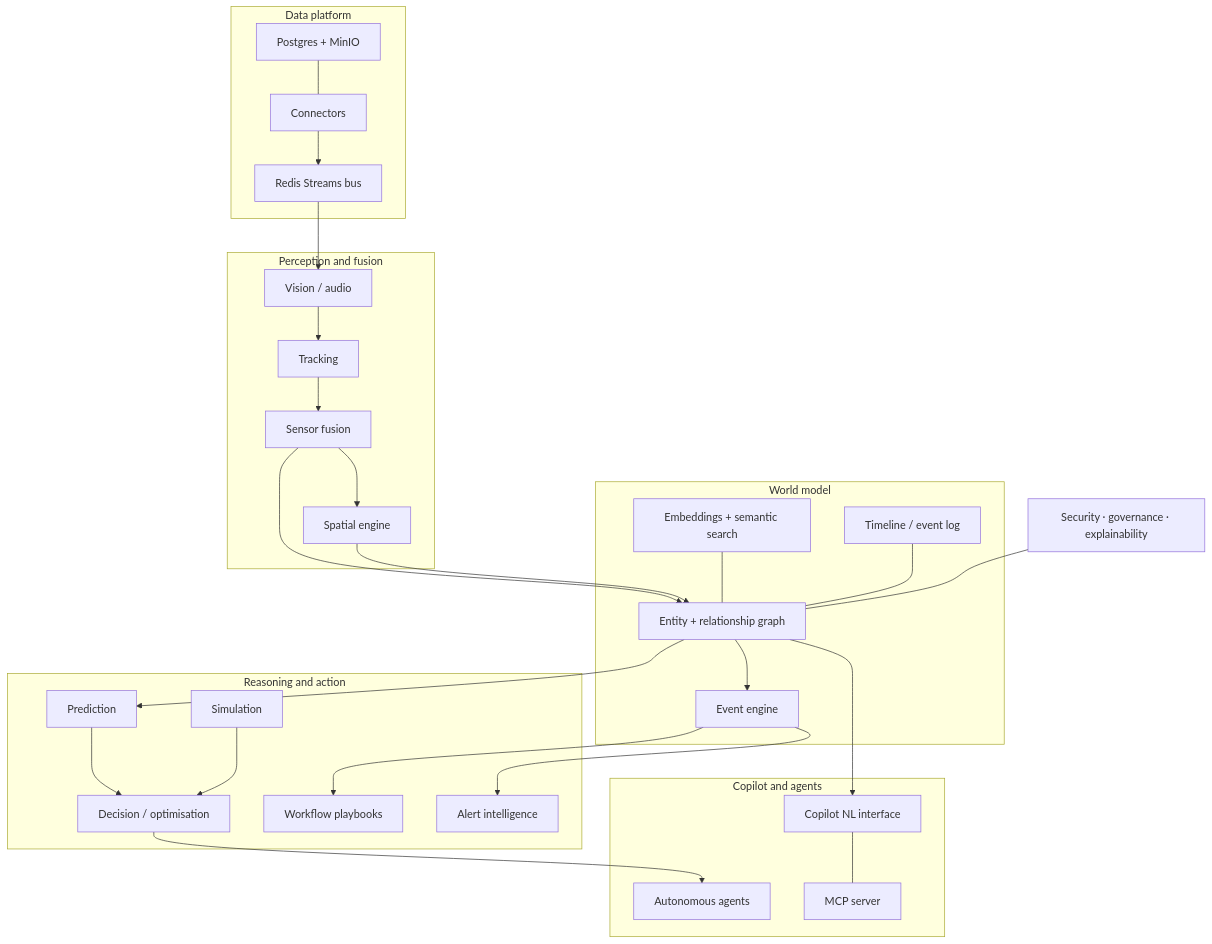
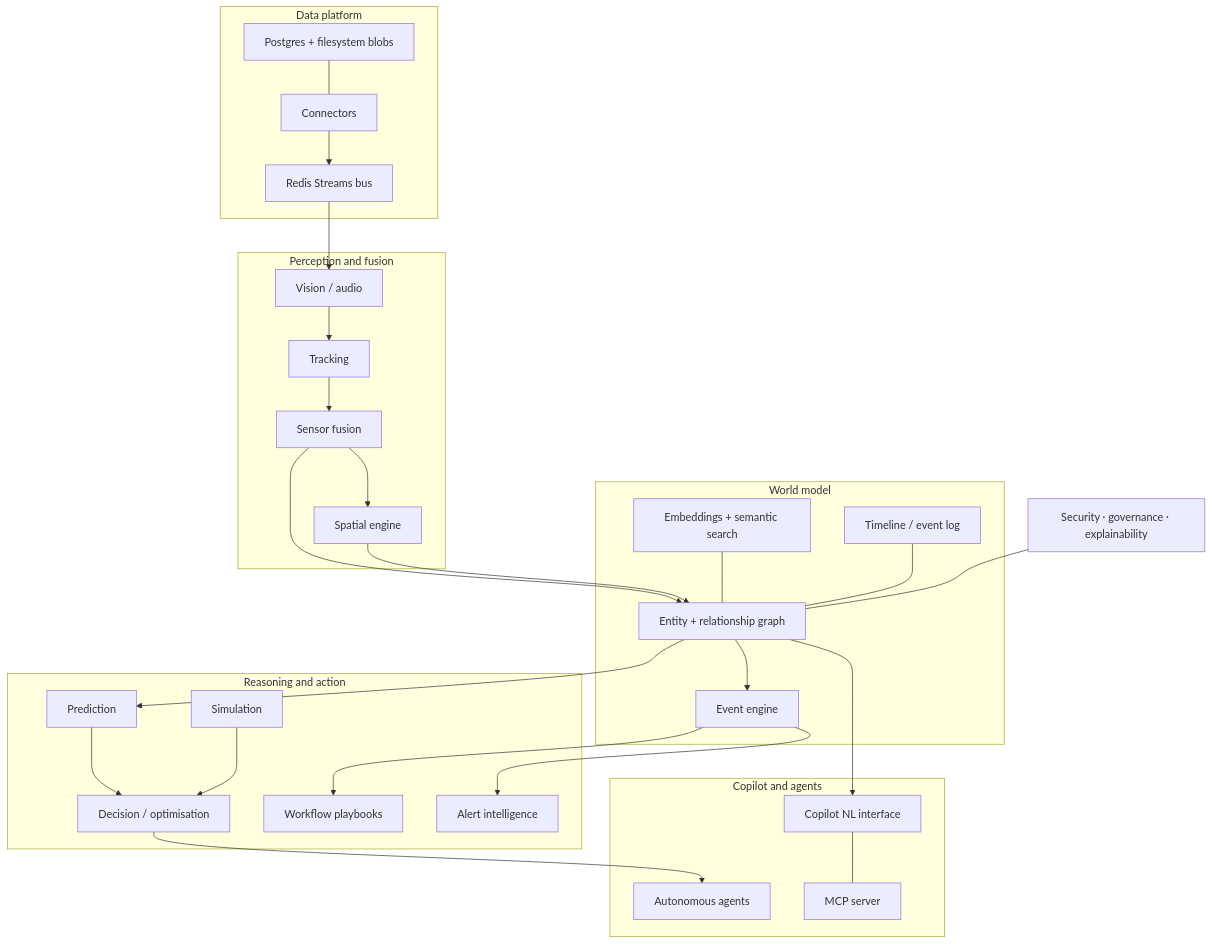
One commit to Manavp7/arc changed the first of 2 diagrams in docs/ARCHITECTURE.md. Above: the diagram before and after it, drawn with Mermaid. The commit also changed other lines of this file and 243 other files, not shown here.

````diff
--- a/docs/ARCHITECTURE.md
+++ b/docs/ARCHITECTURE.md
@@ -14,47 +14,47 @@
 ```mermaid
 flowchart TB
   subgraph L7 [Copilot and agents]
     copilot[Copilot NL interface]
     agents[Autonomous agents]
     mcp[MCP server]
   end
   subgraph L6 [Reasoning and action]
     prediction[Prediction]
     simulation[Simulation]
     decision[Decision / optimisation]
     workflow[Workflow playbooks]
     alerts[Alert intelligence]
   end
   subgraph L5 [World model]
     graphdb[Entity + relationship graph]
     timeline[Timeline / event log]
     events[Event engine]
     vectors[Embeddings + semantic search]
   end
   subgraph L4 [Perception and fusion]
     perception[Vision / audio]
     tracking[Tracking]
     fusion[Sensor fusion]
     spatial[Spatial engine]
   end
   subgraph L3 [Data platform]
     ingest[Connectors]
     bus[Redis Streams bus]
-    lake[Postgres + MinIO]
+    lake[Postgres + filesystem blobs]
   end
   govern[Security · governance · explainability]
 
   ingest --> bus
   bus --> perception --> tracking --> fusion --> graphdb
   fusion --> spatial --> graphdb
   graphdb --> events --> workflow
   events --> alerts
   graphdb --> prediction --> decision --> agents
   simulation --> decision
   graphdb --> copilot
   copilot --- mcp
   vectors --- graphdb
   timeline --- graphdb
   lake --- ingest
   govern --- graphdb
 ```
````
